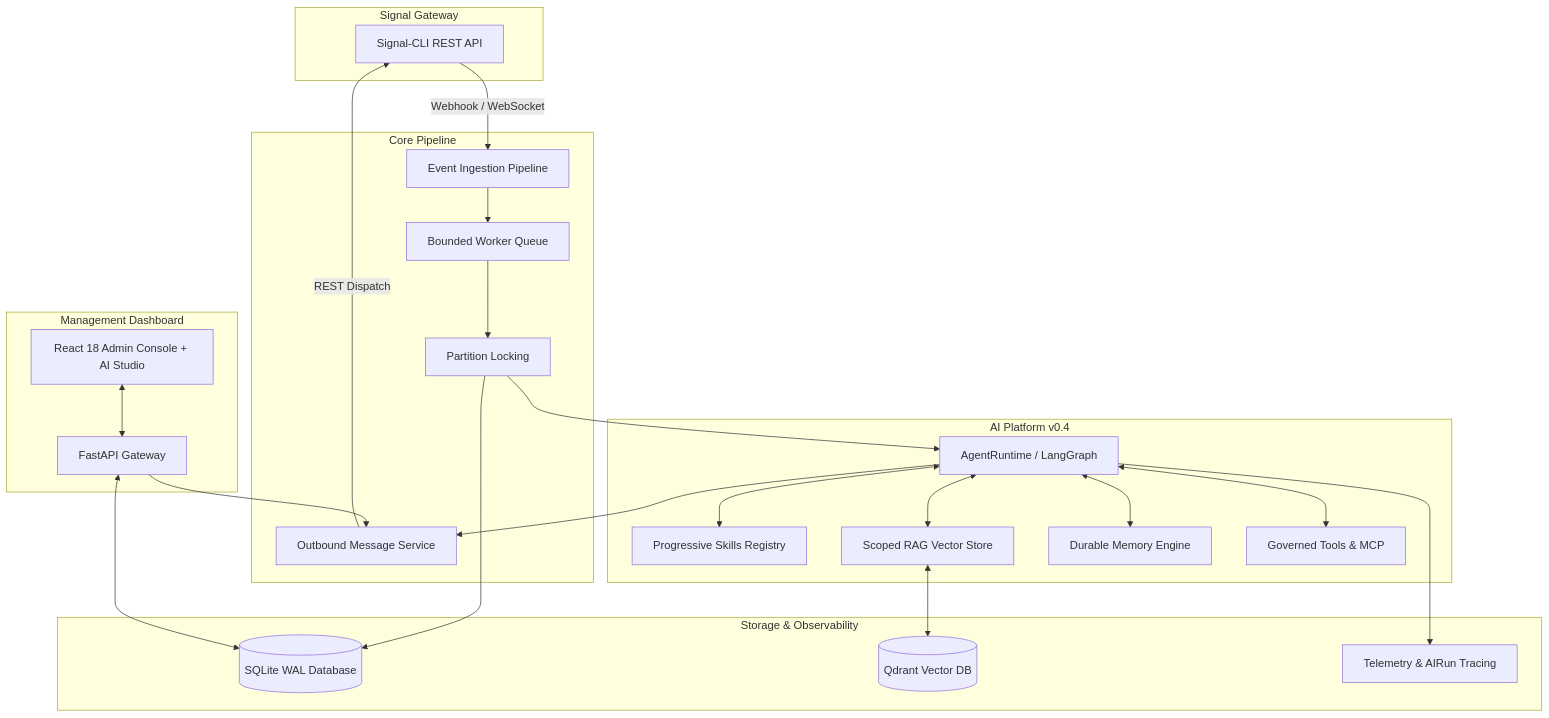
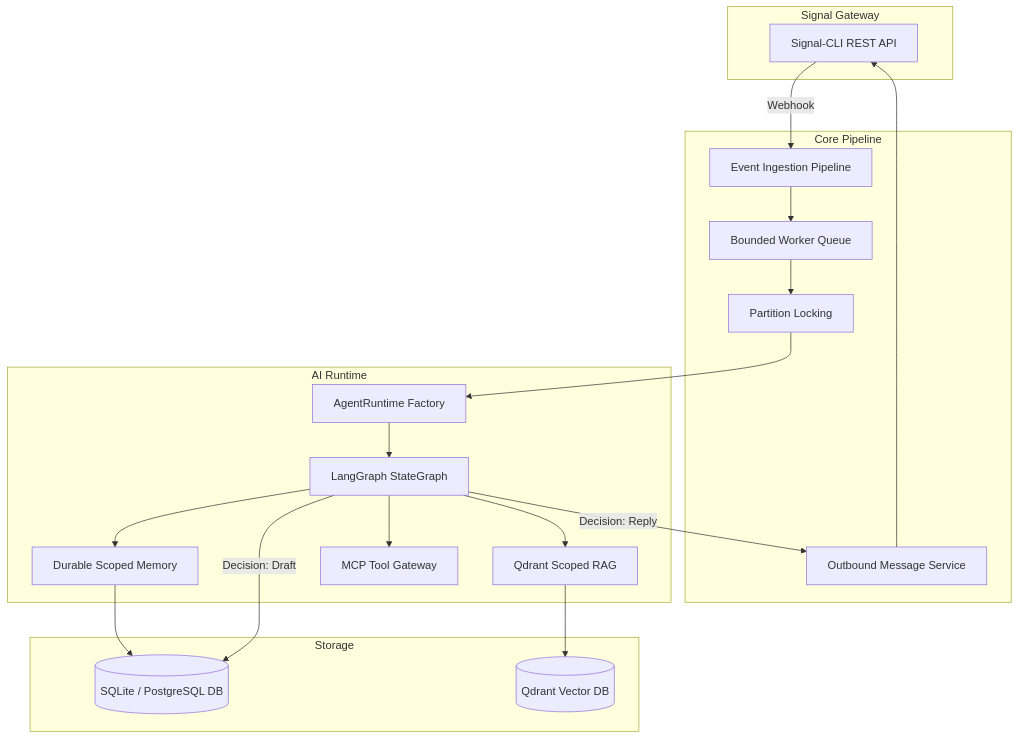
One commit to yuanweize/signal-ai-agent-platform changed the diagram in README.md. Above: the diagram before and after it, drawn with Mermaid. The commit also changed other lines of this file and 52 other files, not shown here.

````diff
--- a/README.md
+++ b/README.md
@@ -90,49 +93,41 @@
 ```mermaid
-graph TD
+flowchart TD
     subgraph Signal Gateway
         SG[Signal-CLI REST API]
     end
 
     subgraph Core Pipeline
         EV[Event Ingestion Pipeline]
         WQ[Bounded Worker Queue]
         PL[Partition Locking]
         OMS[Outbound Message Service]
     end
 
-    subgraph AI Platform v0.4
-        AR[AgentRuntime / LangGraph]
-        SK[Progressive Skills Registry]
-        RAG[Scoped RAG Vector Store]
-        MEM[Durable Memory Engine]
-        TR[Governed Tools & MCP]
+    subgraph AI Runtime
+        AR[AgentRuntime Factory]
+        LG[LangGraph StateGraph]
+        RAG[Qdrant Scoped RAG]
+        MEM[Durable Scoped Memory]
+        MCP[MCP Tool Gateway]
     end
 
-    subgraph Storage & Observability
-        DB[(SQLite WAL Database)]
+    subgraph Storage
+        DB[(SQLite / PostgreSQL DB)]
         QD[(Qdrant Vector DB)]
-        TRC[Telemetry & AIRun Tracing]
     end
 
-    subgraph Management Dashboard
-        UI[React 18 Admin Console + AI Studio]
-        API[FastAPI Gateway]
-    end
-
-    SG -- Webhook / WebSocket --> EV
+    SG -->|Webhook| EV
     EV --> WQ
     WQ --> PL
     PL --> AR
-    PL --> DB
-    AR <--> SK
-    AR <--> RAG
-    AR <--> MEM
-    AR <--> TR
-    RAG <--> QD
-    AR --> TRC
-    AR --> OMS
-    OMS -- REST Dispatch --> SG
-    API <--> DB
-    UI <--> API
-    API --> OMS
+    AR --> LG
+    LG --> RAG
+    LG --> MEM
+    LG --> MCP
+    RAG --> QD
+    MEM --> DB
+
+    LG -->|Decision: Reply| OMS
+    LG -->|Decision: Draft| DB
+    OMS --> SG
 ```
````
